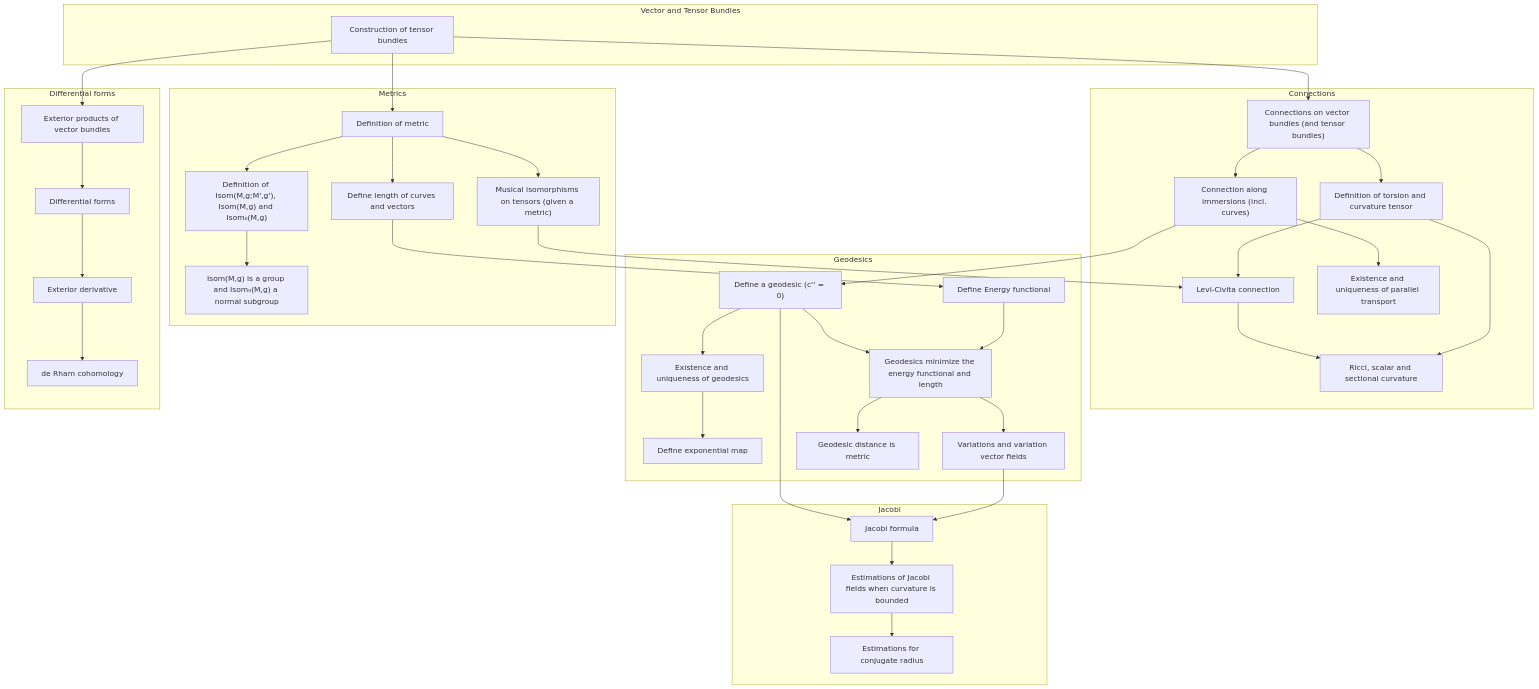
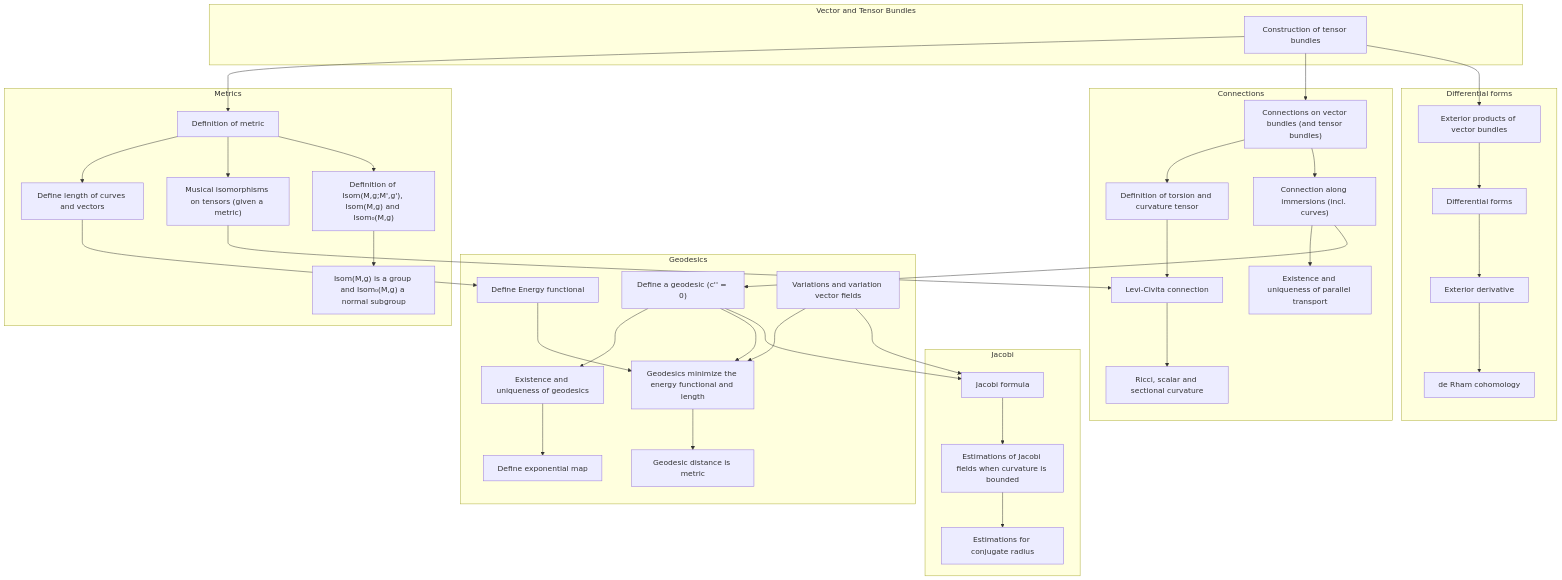
One commit to jkanschik/learning-lean changed the diagram in differentialGeometry/gapAnalysis.md. Above: the diagram before and after it, drawn with Mermaid. The commit also changed 1 other file, not shown here.

````diff
--- a/differentialGeometry/gapAnalysis.md
+++ b/differentialGeometry/gapAnalysis.md
@@ -112,77 +112,76 @@
 ```mermaid
 graph TD;
 
     subgraph "Vector and Tensor Bundles"
         T1["Construction of tensor bundles"]
     end
 
     subgraph "Metrics"
         T2["Definition of metric"]
         T3["Define length of curves and vectors"]
         T12["Musical isomorphisms on tensors (given a metric)"]
         T4["Definition of Isom(M,g;M',g'), Isom(M,g) and Isom₀(M,g)"]
         T5["Isom(M,g) is a group and Isom₀(M,g) a normal subgroup"]
 
         T2-->T3
         T2-->T12
         T2-->T4-->T5
     end
 
     T1-->T2
 
     subgraph "Connections"
         T10["Connections on vector bundles (and tensor bundles)"]
         T11["Definition of torsion and curvature tensor"]
         T13["Levi-Civita connection"]
         T14["Ricci, scalar and sectional curvature"]
         T15["Connection along immersions (incl. curves)"]
         T16["Existence and uniqueness of parallel transport"]
 
         T10-->T11-->T13-->T14
-        T11-->T14
         T10-->T15-->T16
     end
 
     T1-->T10
     T12-->T13
 
     subgraph "Geodesics"
         T30["Define a geodesic (c'' = 0)"]
         T31["Existence and uniqueness of geodesics"]
         T32["Define exponential map"]
         T33["Define Energy functional"]
         T40["Variations and variation vector fields"]
         T34["Geodesics minimize the energy functional and length"]
         T35["Geodesic distance is metric"]
 
         T15-->T30
         T3-->T33
 
         T30-->T31-->T32
-        T30-->T34-->T40
+        T30-->T34
+        T40-->T34
         T33-->T34-->T35
     end
 
     subgraph "Jacobi"
         T41["Jacobi formula"]
         T42["Estimations of Jacobi fields when curvature is bounded"]
         T43["Estimations for conjugate radius"]
 
         T30-->T41
         T40-->T41-->T42-->T43
     end
 
     subgraph "Differential forms"
         T50["Exterior products of vector bundles"]
         T51["Differential forms"]
         T52["Exterior derivative"]
         T53["de Rham cohomology"]
 
-
         T1-->T50
         T50-->T51-->T52-->T53
     end
 
 
 
 ```
````
